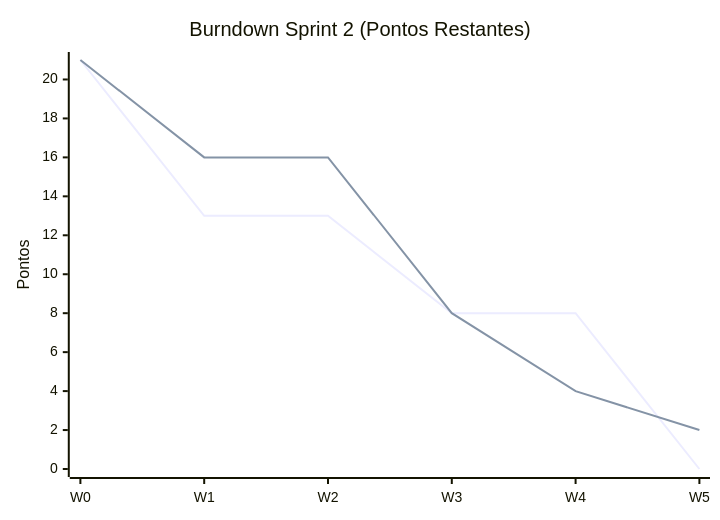
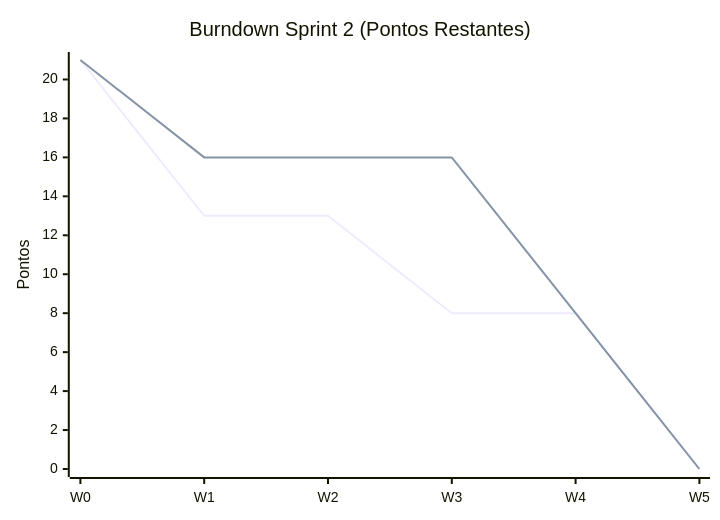
The second of 3 diagrams in README.md (candago-6/documentacao), drawn with Mermaid before and after one commit. The commit also changed other lines of this file, not shown here.

````diff
--- a/README.md
+++ b/README.md
@@ -151,8 +131,8 @@
 ```mermaid
 xychart-beta
 	title "Burndown Sprint 2 (Pontos Restantes)"
 	x-axis [W0, W1, W2, W3, W4, W5]
 	y-axis "Pontos" 0 --> 21
 	line "planejado" [21, 13, 13, 8, 8, 0]
-	line "real" [21, 16, 16, 8, 4, 2]
+	line "real" [21, 16, 16, 16, 8, 0]
 ```
````
